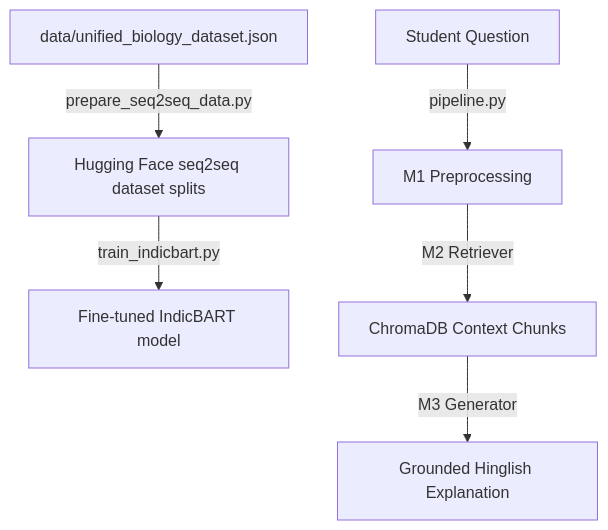
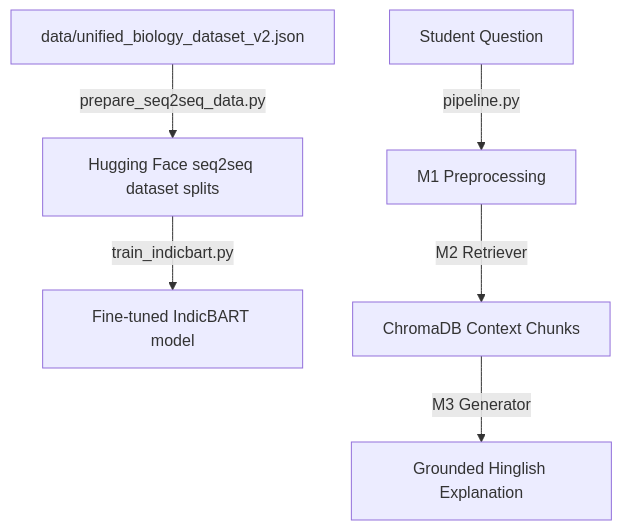
The fifth of 5 diagrams in test_commands.md (PersuasivePost/EduHinglish), drawn with Mermaid before and after one commit. The commit also changed other lines of this file and 112 other files, not shown here.

````diff
--- a/test_commands.md
+++ b/test_commands.md
@@ -221,8 +221,8 @@
 ```mermaid
 graph TD
-    A[data/unified_biology_dataset.json] -->|prepare_seq2seq_data.py| B[Hugging Face seq2seq dataset splits]
+    A[data/unified_biology_dataset_v2.json] -->|prepare_seq2seq_data.py| B[Hugging Face seq2seq dataset splits]
     B -->|train_indicbart.py| C[Fine-tuned IndicBART model]
     D[Student Question] -->|pipeline.py| E[M1 Preprocessing]
     E -->|M2 Retriever| F[ChromaDB Context Chunks]
     F -->|M3 Generator| G[Grounded Hinglish Explanation]
 ```
````
